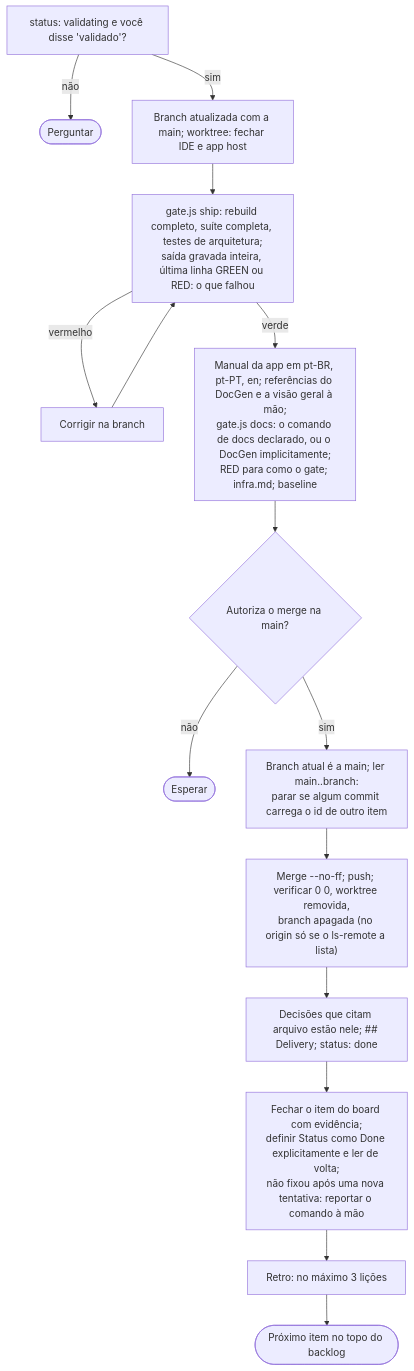
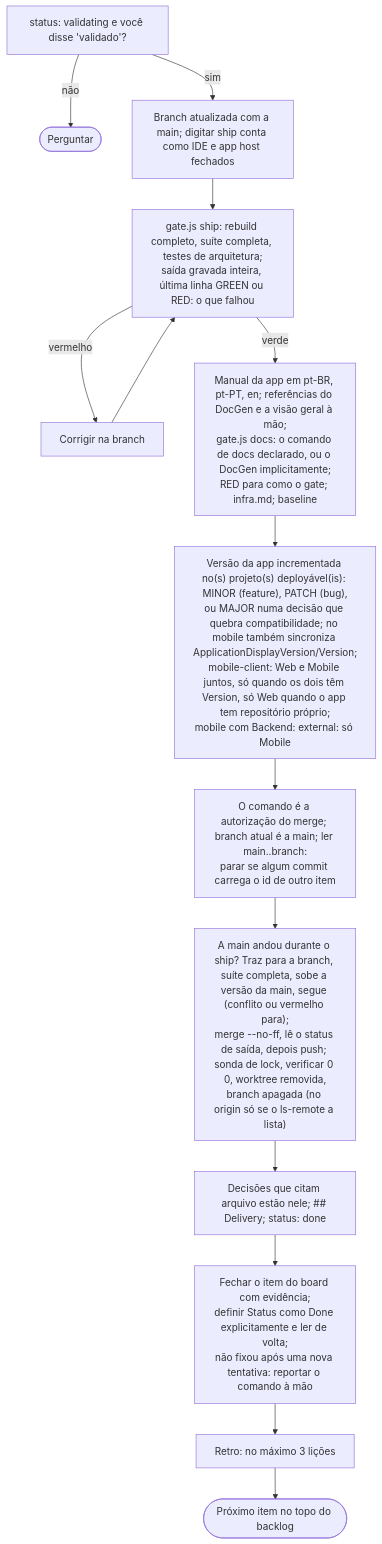
Diagram 12 of 20 in docs/agile/workflow.pt-BR.md (alexcanario/simulab), drawn with Mermaid before and after one commit. The commit also changed other lines of this file and 17 other files, not shown here.

````diff
--- a/docs/agile/workflow.pt-BR.md
+++ b/docs/agile/workflow.pt-BR.md
@@ -1597,17 +2170,16 @@
 ```mermaid
 flowchart TD
     A["status: validating e você disse 'validado'?"] -->|não| A1(["Perguntar"])
-    A -->|sim| B["Branch atualizada com a main; worktree: fechar IDE e app host"]
+    A -->|sim| B["Branch atualizada com a main; digitar ship conta como IDE e app host fechados"]
     B --> C["gate.js ship: rebuild completo, suíte completa, testes de arquitetura;<br/>saída gravada inteira, última linha GREEN ou RED: o que falhou"]
     C -->|vermelho| C1["Corrigir na branch"]
     C1 --> C
     C -->|verde| D["Manual da app em pt-BR, pt-PT, en; referências do DocGen e a visão geral à mão;<br/>gate.js docs: o comando de docs declarado, ou o DocGen implicitamente;<br/>RED para como o gate; infra.md; baseline"]
-    D --> E{"Autoriza o merge na main?"}
-    E -->|não| E1(["Esperar"])
-    E -->|sim| E2["Branch atual é a main; ler main..branch:<br/>parar se algum commit carrega o id de outro item"]
-    E2 --> F["Merge --no-ff; push; verificar 0 0, worktree removida,<br/>branch apagada (no origin só se o ls-remote a lista)"]
+    D --> D1["Versão da app incrementada no(s) projeto(s) deployável(is): MINOR (feature), PATCH (bug),<br/>ou MAJOR numa decisão que quebra compatibilidade; no mobile também sincroniza ApplicationDisplayVersion/Version;<br/>mobile-client: Web e Mobile juntos, só quando os dois têm Version, só Web quando o app tem repositório próprio;<br/>mobile com Backend: external: só Mobile"]
+    D1 --> E2["O comando é a autorização do merge; branch atual é a main; ler main..branch:<br/>parar se algum commit carrega o id de outro item"]
+    E2 --> F["A main andou durante o ship? Traz para a branch, suíte completa, sobe a versão da main, segue (conflito ou vermelho para);<br/>merge --no-ff, lê o status de saída, depois push; sonda de lock, verificar 0 0, worktree removida,<br/>branch apagada (no origin só se o ls-remote a lista)"]
     F --> G["Decisões que citam arquivo estão nele; ## Delivery; status: done"]
     G --> H["Fechar o item do board com evidência;<br/>definir Status como Done explicitamente e ler de volta;<br/>não fixou após uma nova tentativa: reportar o comando à mão"]
     H --> I["Retro: no máximo 3 lições"]
     I --> J(["Próximo item no topo do backlog"])
 ```
````
